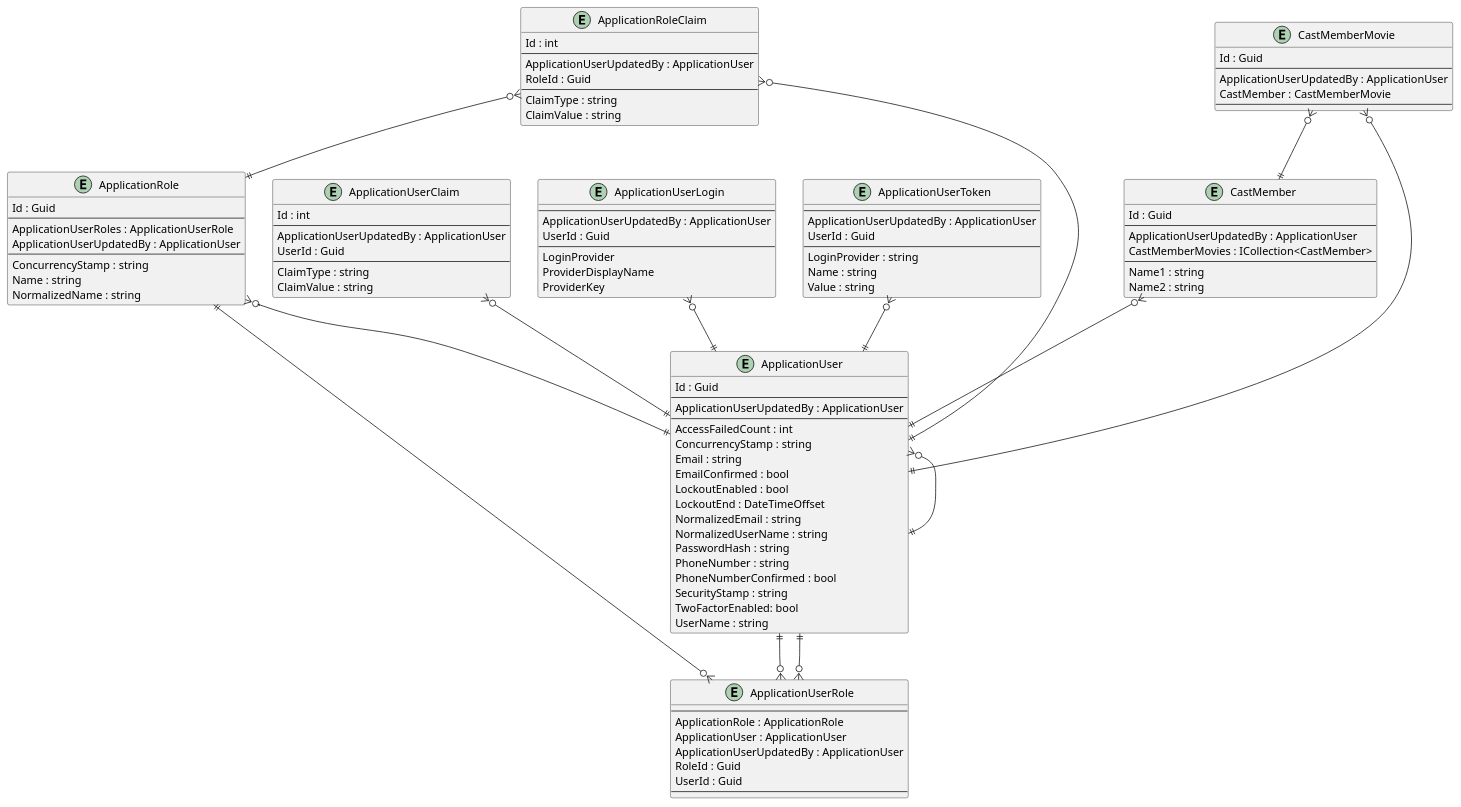
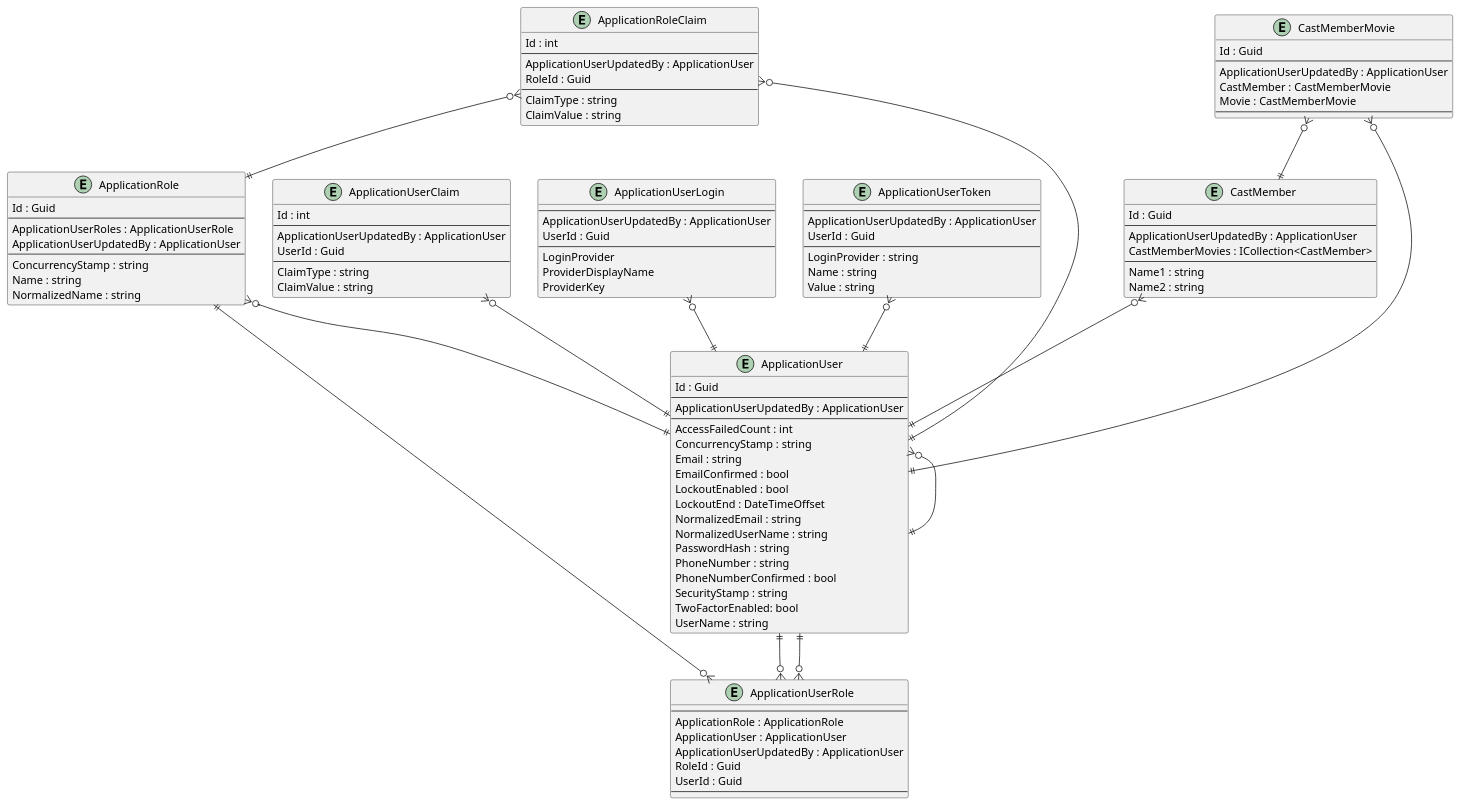
The diagram in .docs/BlazorWebAppMovies.pu (intrepion/BlazorWebAppMovies), drawn with PlantUML before and after one commit.

```diff
--- a/.docs/BlazorWebAppMovies.pu
+++ b/.docs/BlazorWebAppMovies.pu
@@ -1,127 +1,128 @@
 @startuml
 
 entity ApplicationRole {
     Id : Guid
     --
     ApplicationUserRoles : ApplicationUserRole
     ApplicationUserUpdatedBy : ApplicationUser
     --
     ConcurrencyStamp : string
     Name : string
     NormalizedName : string
 }
 
 entity ApplicationRoleClaim {
     Id : int
     --
     ApplicationUserUpdatedBy : ApplicationUser
     RoleId : Guid
     --
     ClaimType : string
     ClaimValue : string
 }
 
 entity ApplicationUser {
     Id : Guid
     --
     ApplicationUserUpdatedBy : ApplicationUser
     ' ApplicationUserKeyCodePlaceholder
     --
     AccessFailedCount : int
     ConcurrencyStamp : string
     Email : string
     EmailConfirmed : bool
     LockoutEnabled : bool
     LockoutEnd : DateTimeOffset
     NormalizedEmail : string
     NormalizedUserName : string
     PasswordHash : string
     PhoneNumber : string
     PhoneNumberConfirmed : bool
     SecurityStamp : string
     TwoFactorEnabled: bool
     UserName : string
     ' ApplicationUserPropertyCodePlaceholder
 }
 
 entity ApplicationUserClaim {
     Id : int
     --
     ApplicationUserUpdatedBy : ApplicationUser
     UserId : Guid
     --
     ClaimType : string
     ClaimValue : string
 }
 
 entity ApplicationUserLogin {
     --
     ApplicationUserUpdatedBy : ApplicationUser
     UserId : Guid
     --
     LoginProvider
     ProviderDisplayName
     ProviderKey
 }
 
 entity ApplicationUserRole {
     --
     ApplicationRole : ApplicationRole
     ApplicationUser : ApplicationUser
     ApplicationUserUpdatedBy : ApplicationUser
     RoleId : Guid
     UserId : Guid
     --
 }
 
 entity ApplicationUserToken {
     --
     ApplicationUserUpdatedBy : ApplicationUser
     UserId : Guid
     --
     LoginProvider : string
     Name : string
     Value : string
 }
 
 entity CastMember {
     Id : Guid
     --
     ApplicationUserUpdatedBy : ApplicationUser
     CastMemberMovies : ICollection<CastMember>
     ' CastMemberKeyCodePlaceholder
     --
     Name1 : string
     Name2 : string
     ' CastMemberPropertyCodePlaceholder
 }
 
 entity CastMemberMovie {
     Id : Guid
     --
     ApplicationUserUpdatedBy : ApplicationUser
     CastMember : CastMemberMovie
+    Movie : CastMemberMovie
     ' CastMemberMovieKeyCodePlaceholder
     --
     ' CastMemberMoviePropertyCodePlaceholder
 }
 
 ' EntityCodePlaceholder
 
 ApplicationRole ||--o{ ApplicationUserRole
 ApplicationRole }o--|| ApplicationUser
 ApplicationRoleClaim }o--|| ApplicationRole
 ApplicationRoleClaim }o--|| ApplicationUser
 ApplicationUser }o--|| ApplicationUser
 ApplicationUser ||--o{ ApplicationUserRole
 ApplicationUserClaim }o--|| ApplicationUser
 ApplicationUserLogin }o--|| ApplicationUser
 ApplicationUserRole }o--|| ApplicationUser
 ApplicationUserToken }o--|| ApplicationUser
 
 CastMember }o--|| ApplicationUser
 CastMemberMovie }o--|| ApplicationUser
 CastMemberMovie }o--|| CastMember
 ' RelationshipCodePlaceholder
 
 @enduml
```
